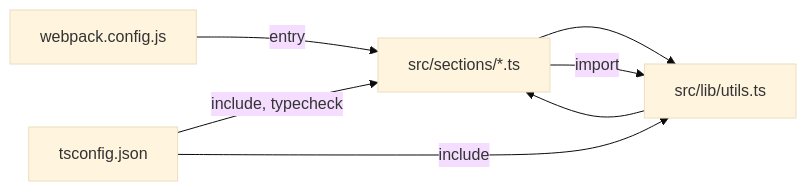
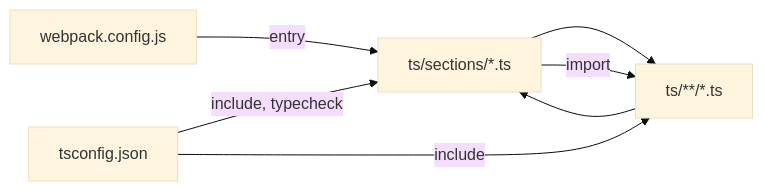
One commit to meenal-sr/DawnThemePrac changed the third of 4 diagrams in ARCHITECTURE.md. Above: the diagram before and after it, drawn with Mermaid (base theme). The commit also changed other lines of this file and 1 other file, not shown here.

````diff
--- a/ARCHITECTURE.md
+++ b/ARCHITECTURE.md
@@ -120,9 +123,9 @@
 ```mermaid
 flowchart LR
-  section["src/sections/*.ts"] --> utils["src/lib/utils.ts"]
+  section["ts/sections/*.ts"] --> utils["ts/**/*.ts"]
   section -->|"import"| utils
   utils --> section
   webpack["webpack.config.js"] -->|"entry"| section
   tsconfig["tsconfig.json"] -->|"include, typecheck"| section
   tsconfig -->|"include"| utils
 ```
````
